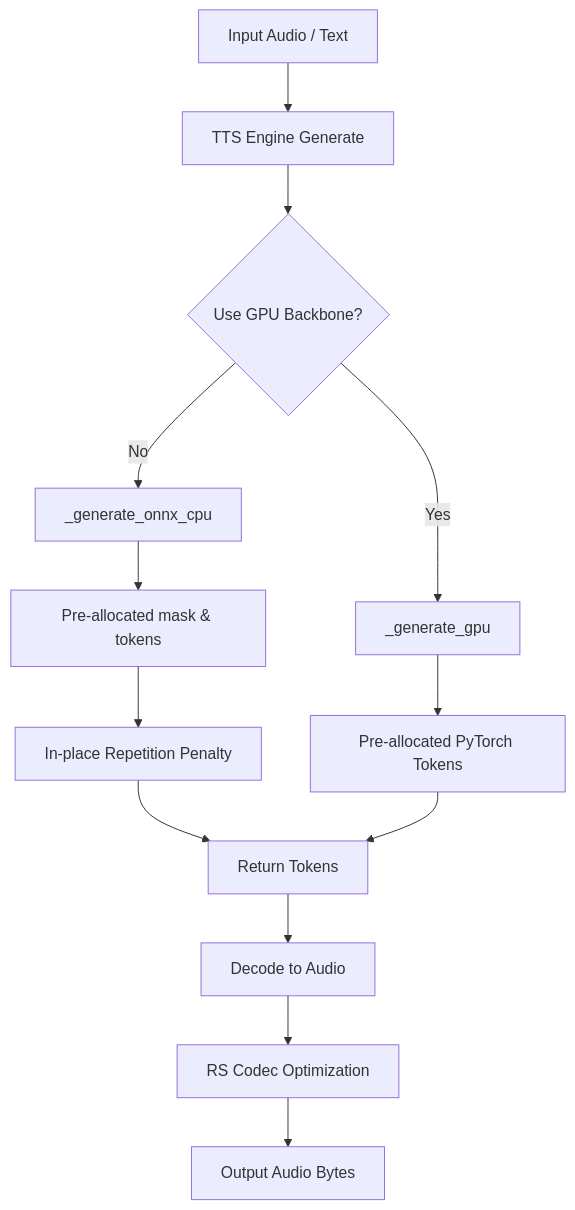
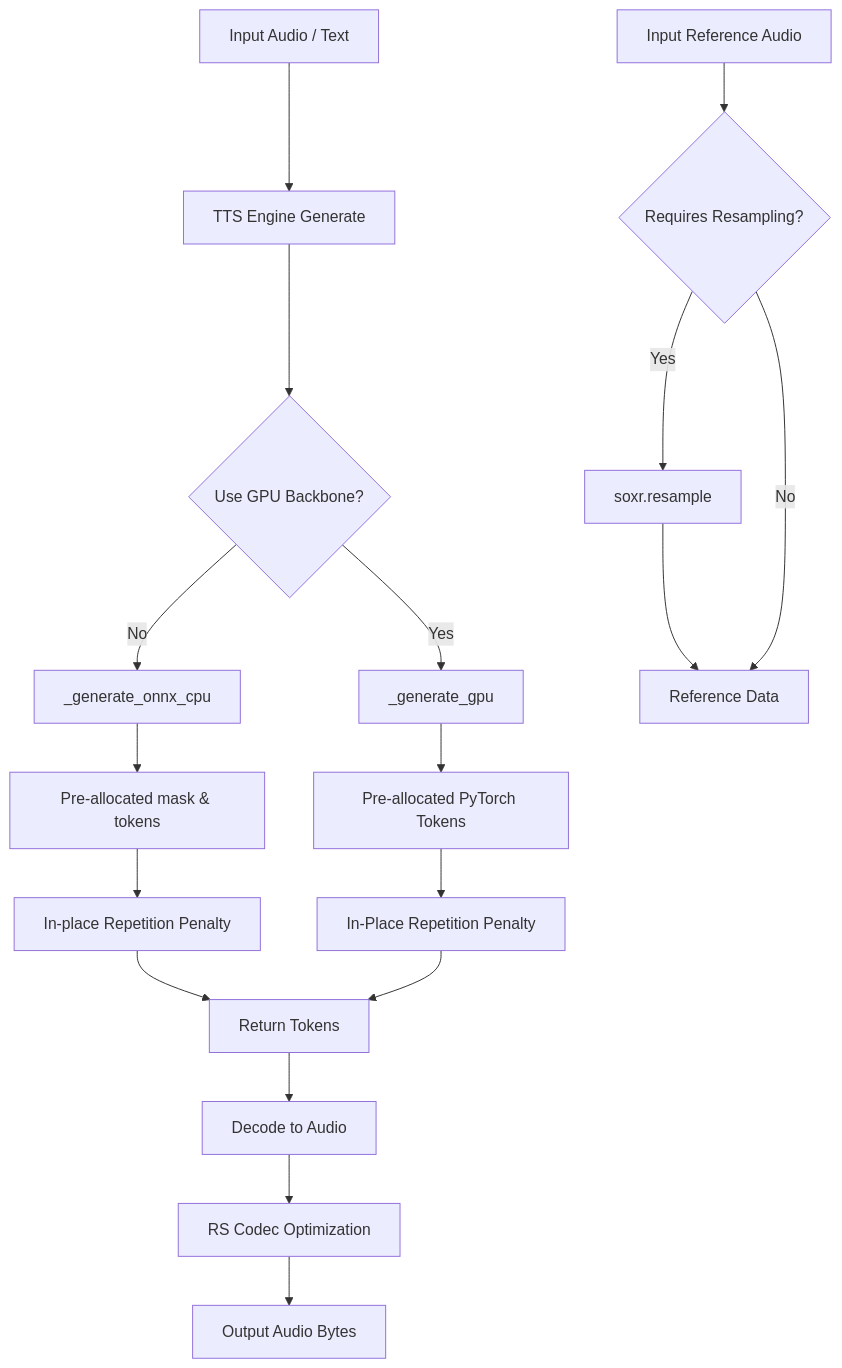
Before and after one commit to carlosfundora/GFX-ATOM: the diagram in .agents/reports/auralis-audio-optimization.md, drawn with Mermaid. The commit also changed other lines of this file and 3 other files, not shown here.

First line of the commit message:
perf(audio): Optimize TTS engine inference loops and resampling

````diff
--- a/.agents/reports/auralis-audio-optimization.md
+++ b/.agents/reports/auralis-audio-optimization.md
@@ -55,15 +80,21 @@
 ```mermaid
 flowchart TD
     A[Input Audio / Text] --> B[TTS Engine Generate]
     B --> C{Use GPU Backbone?}
     C -->|Yes| D[_generate_gpu]
     C -->|No| E[_generate_onnx_cpu]
     E --> F[Pre-allocated mask & tokens]
     F --> G[In-place Repetition Penalty]
     G --> H[Return Tokens]
     D --> I[Pre-allocated PyTorch Tokens]
-    I --> H
+    I --> G2[In-Place Repetition Penalty]
+    G2 --> H
     H --> J[Decode to Audio]
     J --> K[RS Codec Optimization]
     K --> L[Output Audio Bytes]
+
+    In[Input Reference Audio] --> R{Requires Resampling?}
+    R -->|Yes| Soxr[soxr.resample]
+    Soxr --> Ref[Reference Data]
+    R -->|No| Ref
 ```
````
